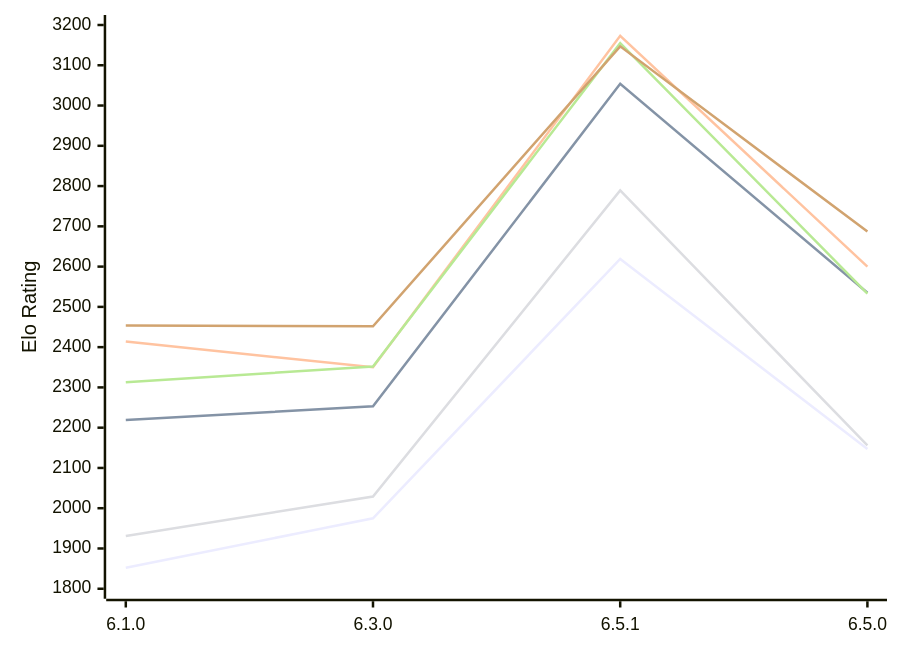
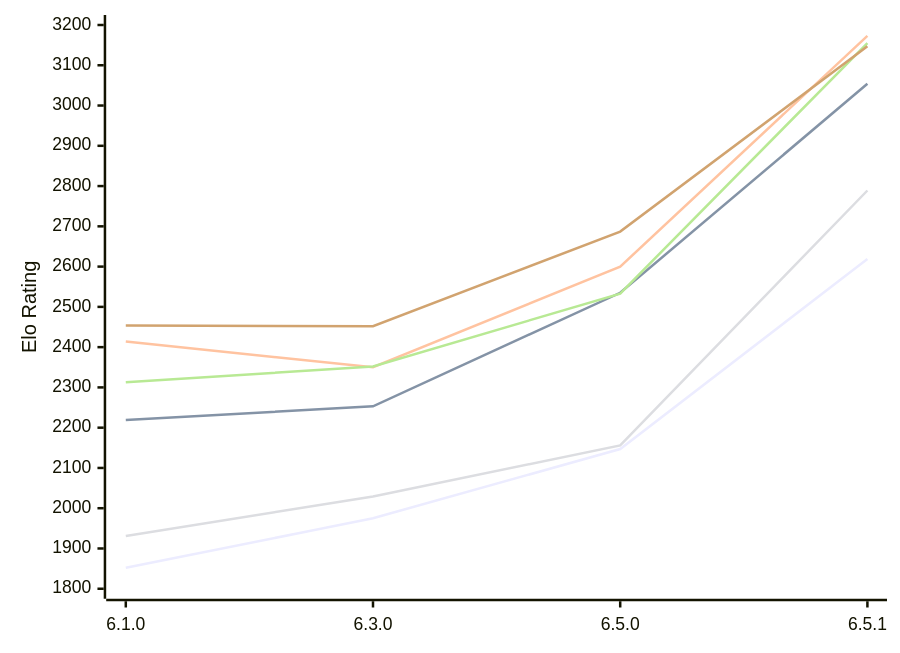
Before and after one commit to computer-chess-index/cci: the diagram in engines/Luminex.md, drawn with Mermaid. The commit also changed other lines of this file, not shown here.

Commit message:
Update CCI Ratings (ELO VLTC) - 2026-11-07

````diff
--- a/engines/Luminex.md
+++ b/engines/Luminex.md
@@ -53,12 +53,12 @@
 ```mermaid
 %%{init: {"theme":"base","themeVariables":{"seriesColors:['#a3a3a3','#222221','#faa371']}}}%%
 xychart-beta
-  x-axis ["6.1.0", "6.3.0", "6.5.1", "6.5.0"]
+  x-axis ["6.1.0", "6.3.0", "6.5.0", "6.5.1"]
   y-axis "Elo Rating" 1800 --> 3200
-  line "E1: STC (8.0+0.08s)" [1852, 1975, 2619, 2147]
-  line "E1: LTC (60.0+0.60s)" [2219, 2253, 3054, 2535]
-  line "E1: VLTC (2m24s+1.12s)" [2414, 2350, 3173, 2600]
-  line "P1: STC (8.0+0.08s)" [1931, 2029, 2789, 2156]
-  line "P1: LTC (60.0+0.60s)" [2313, 2352, 3155, 2533]
-  line "P1: VLTC (2m24s+1.12s)" [2454, 2452, 3147, 2687]
+  line "E1: STC (8.0+0.08s)" [1852, 1975, 2147, 2619]
+  line "E1: LTC (60.0+0.60s)" [2219, 2253, 2535, 3054]
+  line "E1: VLTC (2m24s+1.12s)" [2414, 2350, 2600, 3173]
+  line "P1: STC (8.0+0.08s)" [1931, 2029, 2156, 2789]
+  line "P1: LTC (60.0+0.60s)" [2313, 2352, 2533, 3155]
+  line "P1: VLTC (2m24s+1.12s)" [2454, 2452, 2687, 3147]
 ```
````
